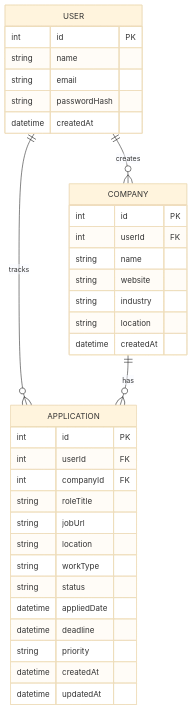
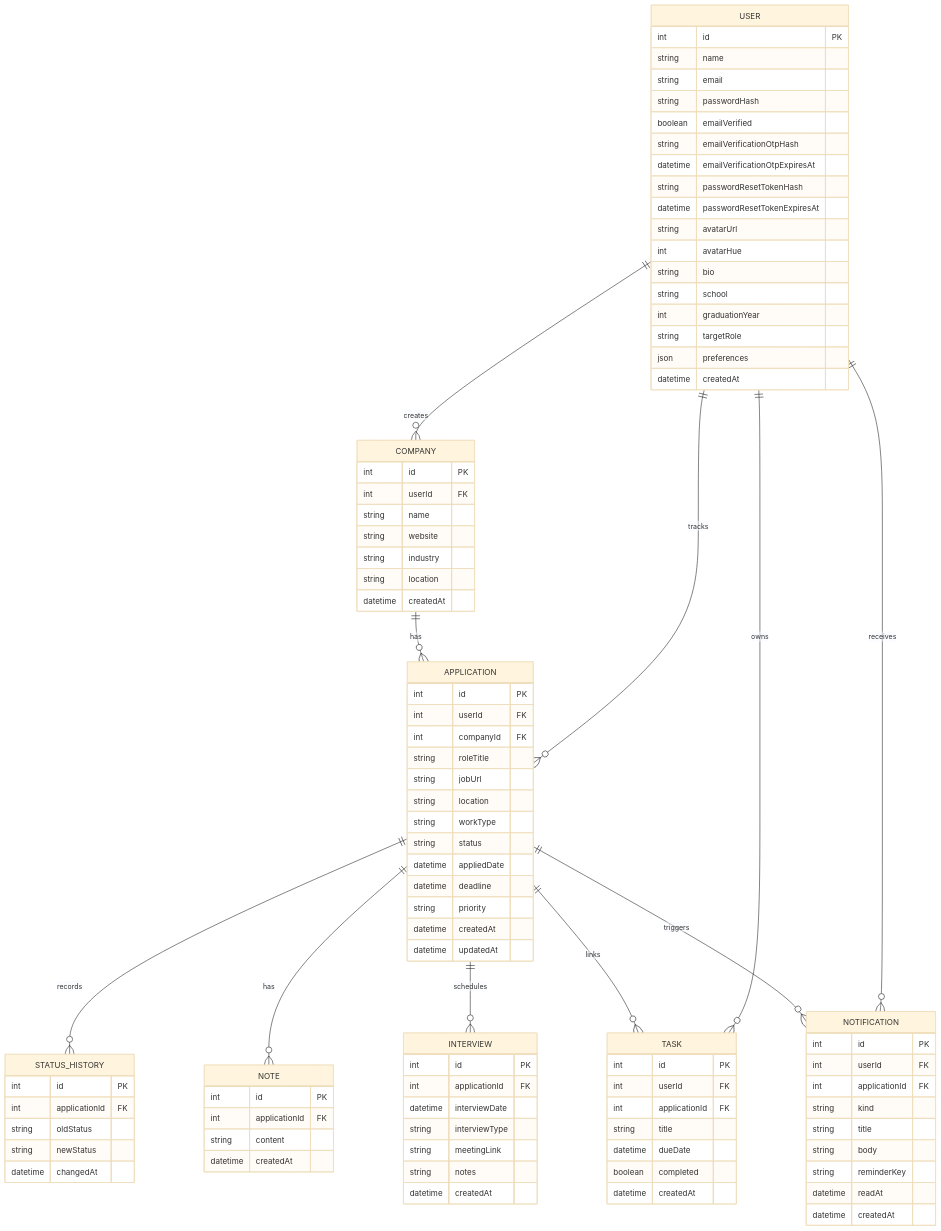
The diagram in docs/ERD.md (Heulwen-in/InternFlow-internshiptracker), drawn with Mermaid (base theme) before and after one commit. The commit also changed other lines of this file, not shown here.

Commit message:
Update relationship

````diff
--- a/docs/ERD.md
+++ b/docs/ERD.md
@@ -4,13 +4,32 @@
 erDiagram
     USER ||--o{ COMPANY : creates
     USER ||--o{ APPLICATION : tracks
+    USER ||--o{ TASK : owns
+    USER ||--o{ NOTIFICATION : receives
     COMPANY ||--o{ APPLICATION : has
+    APPLICATION ||--o{ STATUS_HISTORY : records
+    APPLICATION ||--o{ NOTE : has
+    APPLICATION ||--o{ TASK : links
+    APPLICATION ||--o{ INTERVIEW : schedules
+    APPLICATION ||--o{ NOTIFICATION : triggers
 
     USER {
         int id PK
         string name
         string email
         string passwordHash
+        boolean emailVerified
+        string emailVerificationOtpHash
+        datetime emailVerificationOtpExpiresAt
+        string passwordResetTokenHash
+        datetime passwordResetTokenExpiresAt
+        string avatarUrl
+        int avatarHue
+        string bio
+        string school
+        int graduationYear
+        string targetRole
+        json preferences
         datetime createdAt
     }
 
@@ -39,4 +58,51 @@
         datetime createdAt
         datetime updatedAt
     }
+
+    STATUS_HISTORY {
+        int id PK
+        int applicationId FK
+        string oldStatus
+        string newStatus
+        datetime changedAt
+    }
+
+    NOTE {
+        int id PK
+        int applicationId FK
+        string content
+        datetime createdAt
+    }
+
+    TASK {
+        int id PK
+        int userId FK
+        int applicationId FK
+        string title
+        datetime dueDate
+        boolean completed
+        datetime createdAt
+    }
+
+    INTERVIEW {
+        int id PK
+        int applicationId FK
+        datetime interviewDate
+        string interviewType
+        string meetingLink
+        string notes
+        datetime createdAt
+    }
+
+    NOTIFICATION {
+        int id PK
+        int userId FK
+        int applicationId FK
+        string kind
+        string title
+        string body
+        string reminderKey
+        datetime readAt
+        datetime createdAt
+    }
 ```
````
